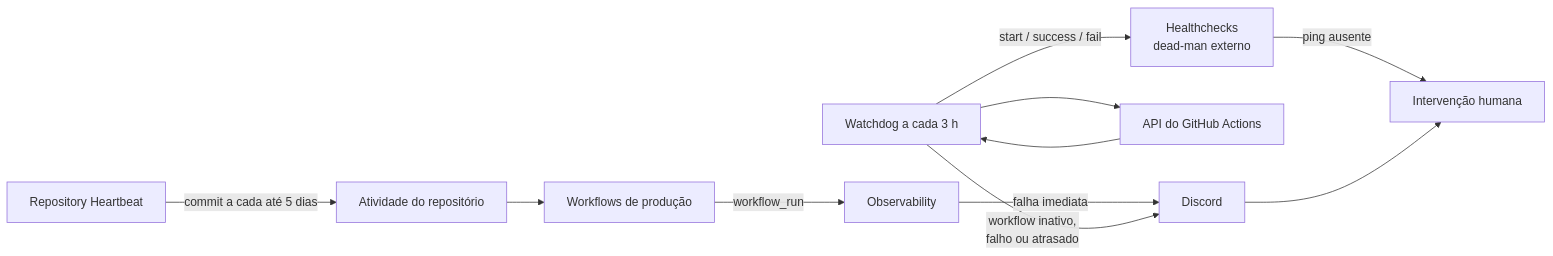
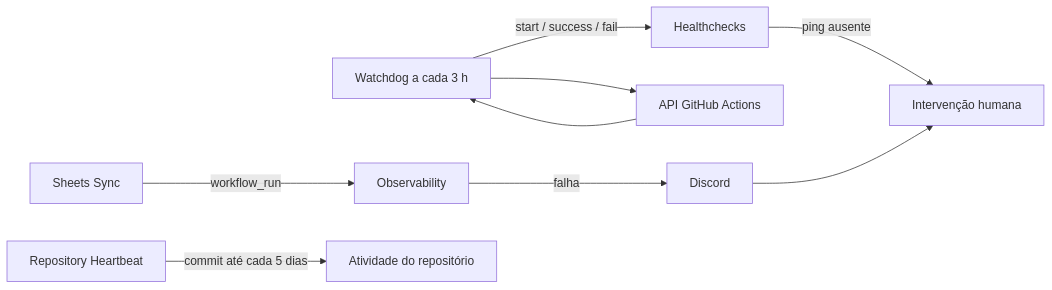
One commit to lojadosapo/ls-data changed the fourth of 4 diagrams in README.md. Above: the diagram before and after it, drawn with Mermaid. The commit also changed other lines of this file and 41 other files, not shown here.

````diff
--- a/README.md
+++ b/README.md
@@ -179,13 +137,11 @@
 ```mermaid
 flowchart LR
-    W[Workflows de produção] -->|workflow_run| O[Observability]
-    O -->|falha imediata| D[Discord]
-    C[Watchdog a cada 3 h] --> G[API do GitHub Actions]
+    W[Sheets Sync] -->|workflow_run| O[Observability]
+    O -->|falha| D[Discord]
+    C[Watchdog a cada 3 h] --> G[API GitHub Actions]
     G --> C
-    C -->|workflow inativo,<br/>falho ou atrasado| D
-    C -->|start / success / fail| H[Healthchecks<br/>dead-man externo]
-    R[Repository Heartbeat] -->|commit a cada até 5 dias| A[Atividade do repositório]
-    A --> W
+    C -->|start / success / fail| H[Healthchecks]
+    R[Repository Heartbeat] -->|commit até cada 5 dias| A[Atividade do repositório]
     H -->|ping ausente| U[Intervenção humana]
     D --> U
 ```
````
